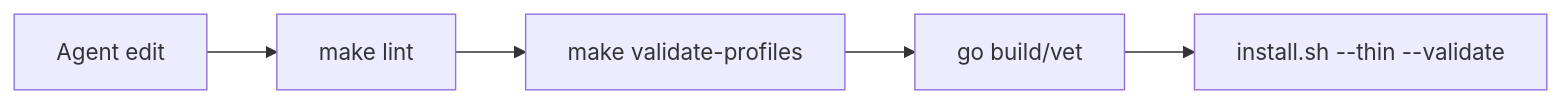
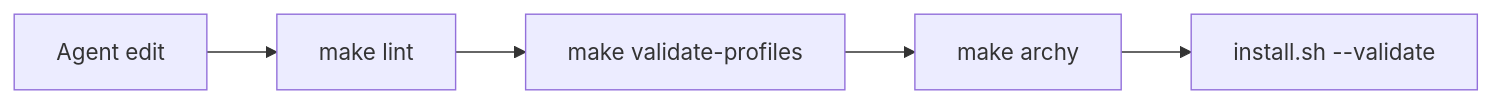
The fourth of 9 diagrams in arch-design/coming-next.md (p10ns11y/arch-machine), drawn with Mermaid before and after one commit. The commit also changed other lines of this file and 3 other files, not shown here.

````diff
--- a/arch-design/coming-next.md
+++ b/arch-design/coming-next.md
@@ -95,7 +135,7 @@
 ```mermaid
 flowchart LR
   dev[Agent edit] --> lint[make lint]
   lint --> prof[make validate-profiles]
-  prof --> go[go build/vet]
-  go --> thin[install.sh --thin --validate]
+  prof --> archy[make archy]
+  archy --> thin[install.sh --validate]
 ```
````
